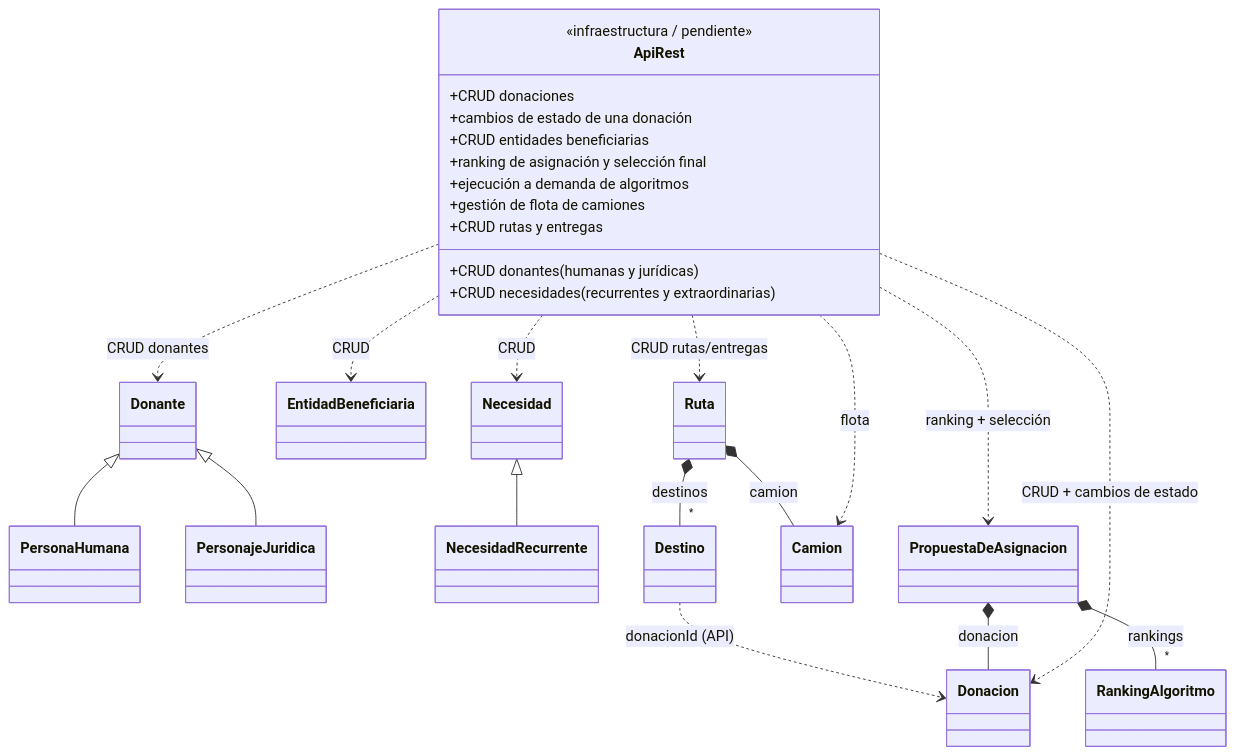
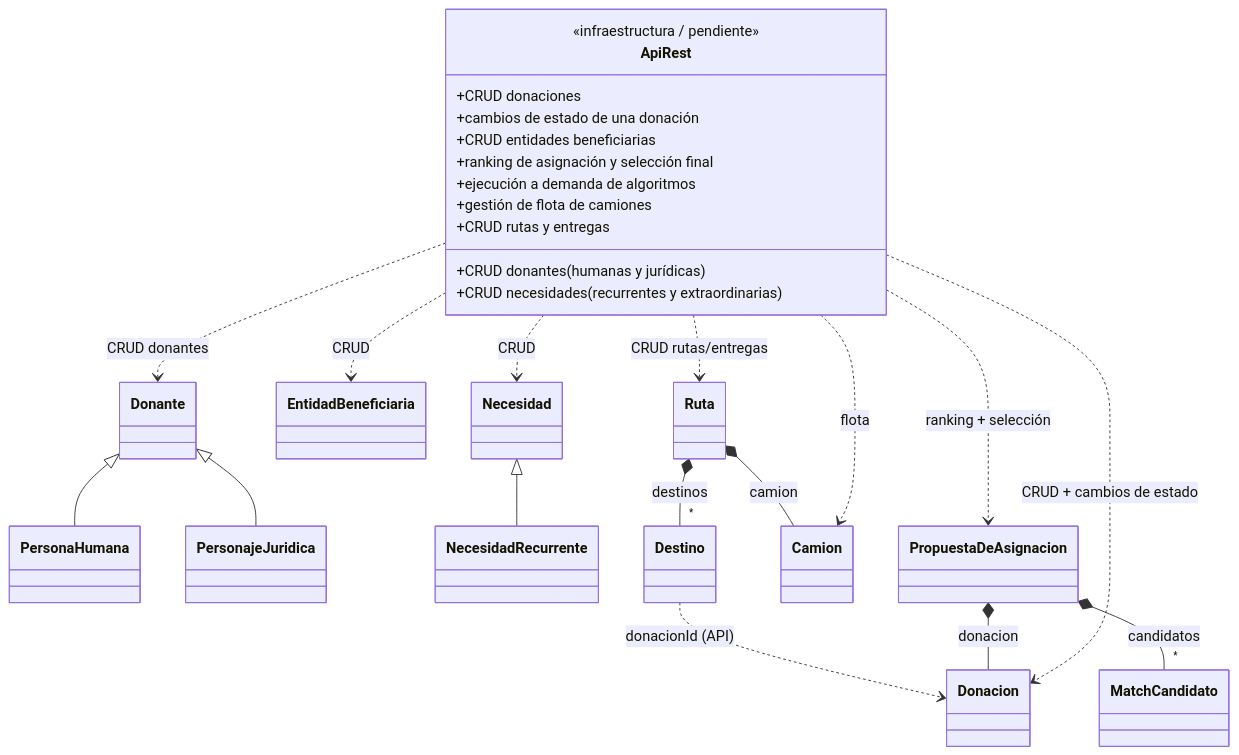
Before and after one commit to eonishi/tp-dds-2026-donatrack: the diagram in docs/diagramas-por-requerimiento/e2-req4-api-rest.mermaid, drawn with Mermaid. The commit also changed 2 other files, not shown here.

Commit message:
docs(diagramas): draw the proposal's flat candidate list
The proposal no longer holds RankingAlgoritmo, so e2-req3 and e2-req4 compose
MatchCandidato directly and the README R3 line names the intersection and its
union fallback instead of the rankings. The rendered SVGs stay as they are: the
repository has no renderer.

```diff
--- a/docs/diagramas-por-requerimiento/e2-req4-api-rest.mermaid
+++ b/docs/diagramas-por-requerimiento/e2-req4-api-rest.mermaid
@@ -1,52 +1,52 @@
 %% ============================================================================
 %% ENTREGA 2 — Requerimiento 4
 %% "El sistema debe permitir la realización de operaciones a través de los
 %%  endpoints solicitados, mediante el desarrollo de una API REST."
 %% Muestra los agregados del dominio que la API expone. La capa de
 %% controladores REST aún no está implementada en el código (dominio puro).
 %% Fragmento mínimo del dominio involucrado.
 %% ============================================================================
 classDiagram
     direction TB
 
     class ApiRest {
         <<infraestructura / pendiente>>
         +CRUD donaciones
         +CRUD donantes (humanas y jurídicas)
         +cambios de estado de una donación
         +CRUD entidades beneficiarias
         +CRUD necesidades (recurrentes y extraordinarias)
         +ranking de asignación y selección final
         +ejecución a demanda de algoritmos
         +gestión de flota de camiones
         +CRUD rutas y entregas
     }
     class Donante
     class PersonaHumana
     class PersonajeJuridica
     class Donacion
     class EntidadBeneficiaria
     class Necesidad
     class NecesidadRecurrente
-    class RankingAlgoritmo
+    class MatchCandidato
     class PropuestaDeAsignacion
     class Camion
     class Ruta
     class Destino
 
     Donante <|-- PersonaHumana
     Donante <|-- PersonajeJuridica
     Necesidad <|-- NecesidadRecurrente
     Ruta *-- Camion : camion
     Ruta *-- "*" Destino : destinos
     Destino ..> Donacion : donacionId (API)
     PropuestaDeAsignacion *-- Donacion : donacion
-    PropuestaDeAsignacion *-- "*" RankingAlgoritmo : rankings
+    PropuestaDeAsignacion *-- "*" MatchCandidato : candidatos
 
     ApiRest ..> Donante : CRUD donantes
     ApiRest ..> Donacion : CRUD + cambios de estado
     ApiRest ..> EntidadBeneficiaria : CRUD
     ApiRest ..> Necesidad : CRUD
     ApiRest ..> PropuestaDeAsignacion : ranking + selección
     ApiRest ..> Camion : flota
     ApiRest ..> Ruta : CRUD rutas/entregas
```
